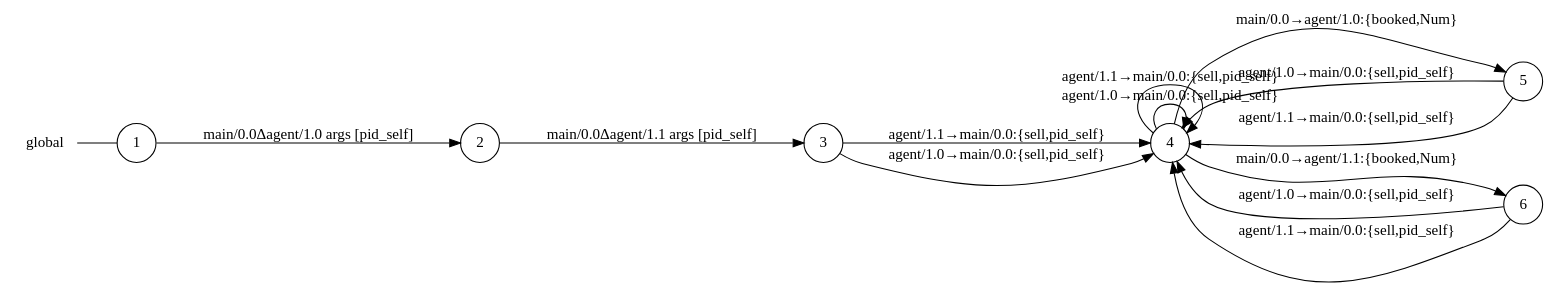
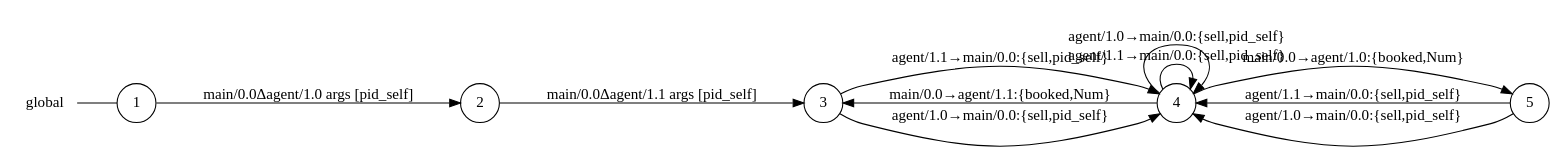
Before and after one commit to gabrielegenovese/chorer: the diagram in examples/airline/main_0_global_view.dot, drawn with Graphviz. The commit also changed 78 other files, not shown here.

```diff
--- a/examples/airline/main_0_global_view.dot
+++ b/examples/airline/main_0_global_view.dot
@@ -1,24 +1,21 @@
 digraph global {
 	rankdir="LR";
 	n_0 [label="global", shape="plaintext"];
 	n_1 [id="5", shape=circle, label="5"];
-	n_2 [id="6", shape=circle, label="6"];
-	n_3 [id="1", shape=circle, label="1"];
-	n_0 -> n_3 [arrowhead=none];
-	n_4 [id="2", shape=circle, label="2"];
-	n_5 [id="4", shape=circle, label="4"];
-	n_6 [id="3", shape=circle, label="3"];
+	n_2 [id="1", shape=circle, label="1"];
+	n_0 -> n_2 [arrowhead=none];
+	n_3 [id="2", shape=circle, label="2"];
+	n_4 [id="4", shape=circle, label="4"];
+	n_5 [id="3", shape=circle, label="3"];
 
-	n_3 -> n_4 [id="[$e|0]", label="main/0.0Δagent/1.0 args [pid_self]"];
-	n_1 -> n_5 [id="[$e|9]", label="agent/1.0→main/0.0:{sell,pid_self}"];
-	n_5 -> n_1 [id="[$e|5]", label="main/0.0→agent/1.0:{booked,Num}"];
-	n_6 -> n_5 [id="[$e|3]", label="agent/1.1→main/0.0:{sell,pid_self}"];
-	n_1 -> n_5 [id="[$e|8]", label="agent/1.1→main/0.0:{sell,pid_self}"];
-	n_5 -> n_5 [id="[$e|6]", label="agent/1.0→main/0.0:{sell,pid_self}"];
-	n_6 -> n_5 [id="[$e|2]", label="agent/1.0→main/0.0:{sell,pid_self}"];
-	n_2 -> n_5 [id="[$e|10]", label="agent/1.0→main/0.0:{sell,pid_self}"];
-	n_5 -> n_2 [id="[$e|7]", label="main/0.0→agent/1.1:{booked,Num}"];
-	n_2 -> n_5 [id="[$e|11]", label="agent/1.1→main/0.0:{sell,pid_self}"];
-	n_5 -> n_5 [id="[$e|4]", label="agent/1.1→main/0.0:{sell,pid_self}"];
-	n_4 -> n_6 [id="[$e|1]", label="main/0.0Δagent/1.1 args [pid_self]"];
+	n_1 -> n_4 [id="[$e|8]", label="agent/1.1→main/0.0:{sell,pid_self}"];
+	n_3 -> n_5 [id="[$e|1]", label="main/0.0Δagent/1.1 args [pid_self]"];
+	n_1 -> n_4 [id="[$e|9]", label="agent/1.0→main/0.0:{sell,pid_self}"];
+	n_4 -> n_4 [id="[$e|5]", label="agent/1.1→main/0.0:{sell,pid_self}"];
+	n_4 -> n_4 [id="[$e|7]", label="agent/1.0→main/0.0:{sell,pid_self}"];
+	n_4 -> n_5 [id="[$e|6]", label="main/0.0→agent/1.1:{booked,Num}"];
+	n_5 -> n_4 [id="[$e|2]", label="agent/1.0→main/0.0:{sell,pid_self}"];
+	n_5 -> n_4 [id="[$e|3]", label="agent/1.1→main/0.0:{sell,pid_self}"];
+	n_2 -> n_3 [id="[$e|0]", label="main/0.0Δagent/1.0 args [pid_self]"];
+	n_4 -> n_1 [id="[$e|4]", label="main/0.0→agent/1.0:{booked,Num}"];
 }
```
